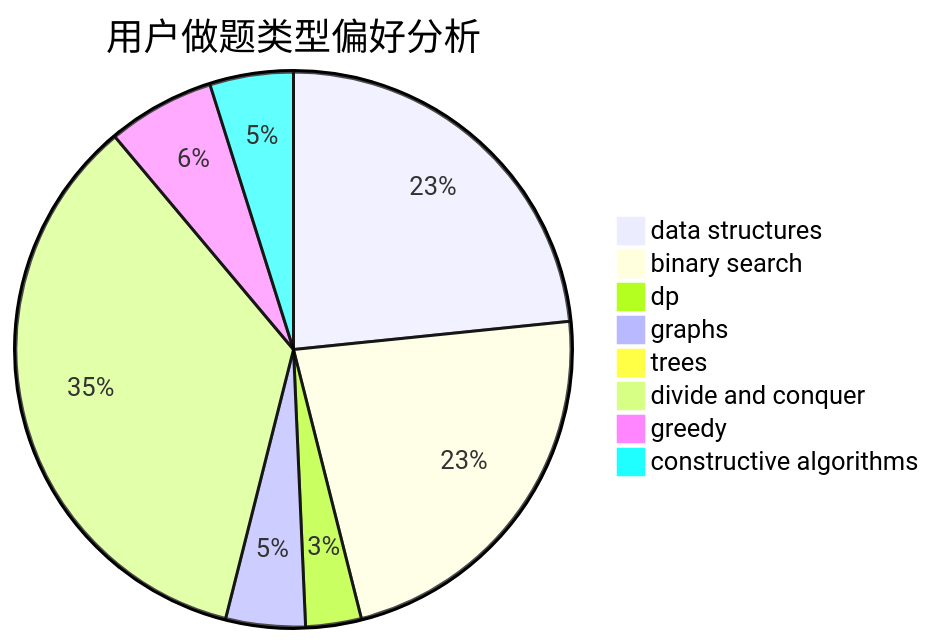
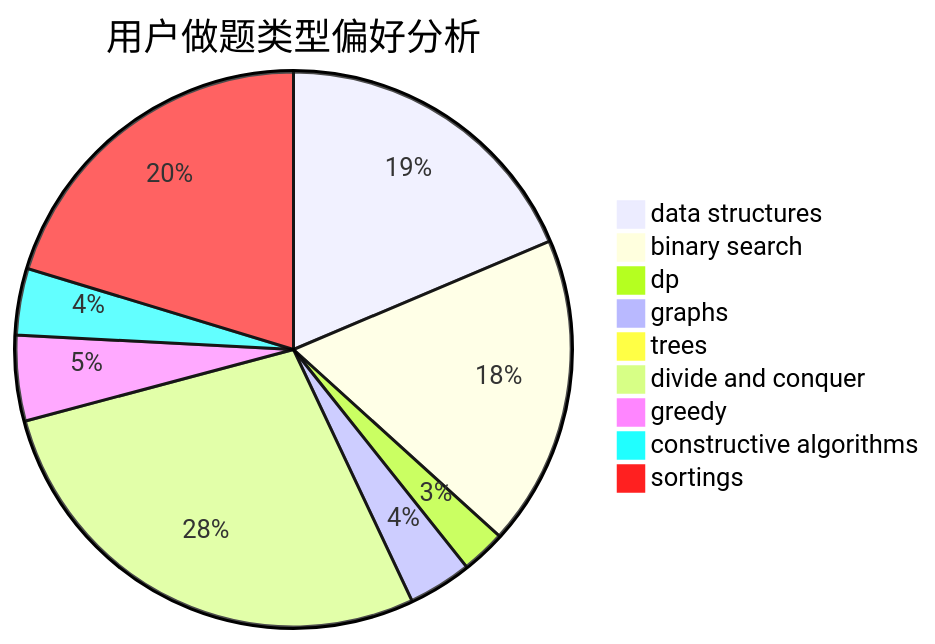
One commit to sherpahu/cfrs.github.io changed the second of 3 diagrams in docs/user/u1341.md. Above: the diagram before and after it, drawn with Mermaid. The commit also changed other lines of this file and 2769 other files, not shown here.

````diff
--- a/docs/user/u1341.md
+++ b/docs/user/u1341.md
@@ -23,11 +18,12 @@
 ```mermaid
 pie title 用户做题类型偏好分析
     "data structures" :  101
     "binary search" :  98
     "dp" :  14
     "graphs" :  20
     "trees" :  0
     "divide and conquer" :  151
     "greedy" :  27
     "constructive algorithms" :  21
+    "sortings" :  110
 ```
````
